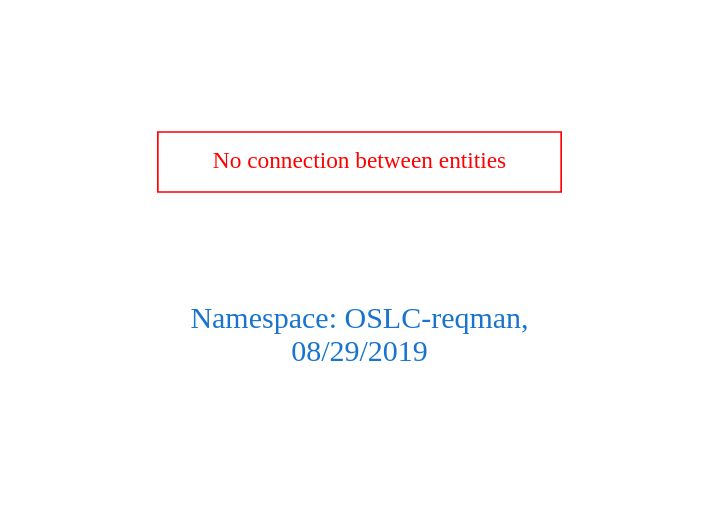
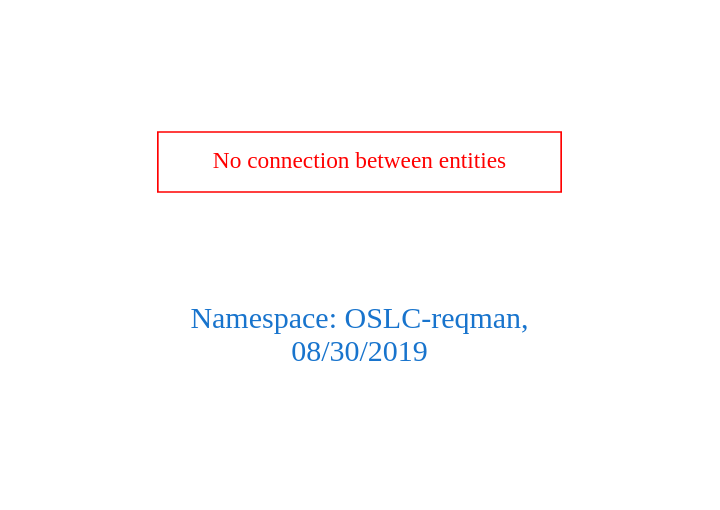
One commit to arago/OGIT changed the diagram in downloads/OSLC-reqman.dot. Above: the diagram before and after it, drawn with Graphviz. The commit also changed 1500 other files, not shown here.

```diff
--- a/downloads/OSLC-reqman.dot
+++ b/downloads/OSLC-reqman.dot
@@ -1,9 +1,9 @@
 digraph OGIT_ontology {
  graph [ rankdir= LR,pad=1 
 fontsize = 18,
-fontcolor= dodgerblue3,label = "\n\n\nNamespace: OSLC-reqman, \n 08/29/2019"];
+fontcolor= dodgerblue3,label = "\n\n\nNamespace: OSLC-reqman, \n 08/30/2019"];
 node[shape=polygon];
 edge [  color="gray81"];
 
 "No connection between entities" [fontcolor = "red",color="red", shape="polygon"]
 }
```
